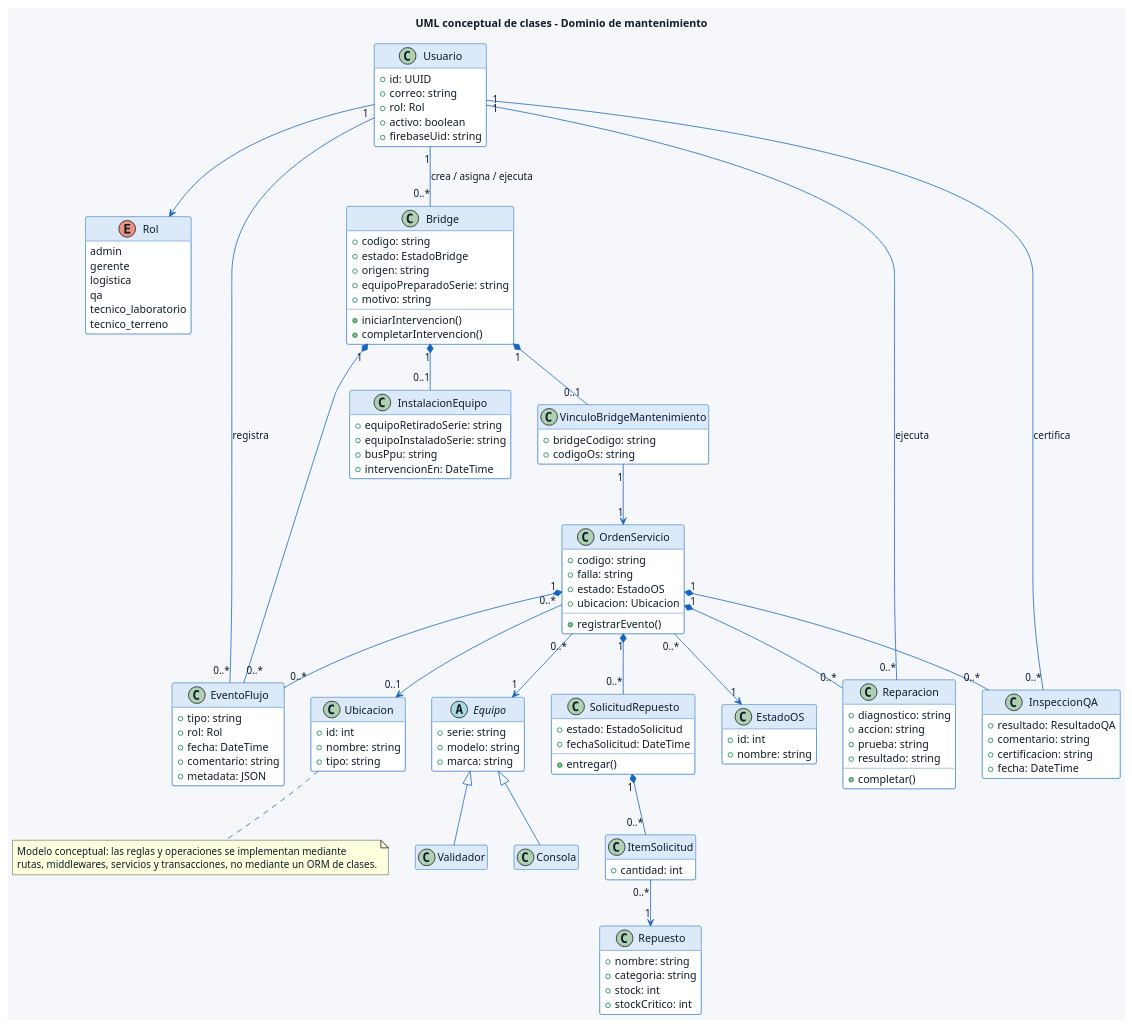
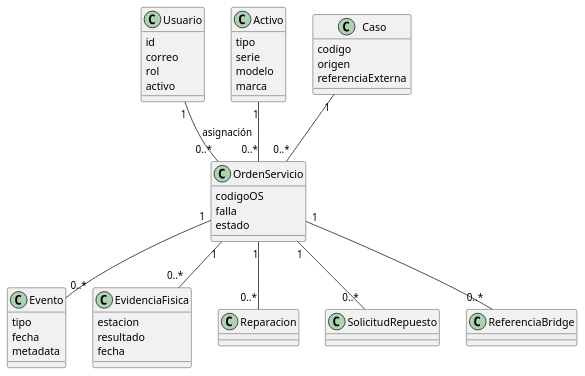
One commit to RafaOteiza/pmp-suite-capstone changed the diagram in Documentacion Capstone/Artefactos Metodologia Cascada/Diagramas_PlantUML/07_UML_Clases_Conceptuales.md. Above: the diagram before and after it, drawn with PlantUML. The commit also changed other lines of this file and 57 other files, not shown here.

````diff
--- a/Documentacion Capstone/Artefactos Metodologia Cascada/Diagramas_PlantUML/07_UML_Clases_Conceptuales.md
+++ b/Documentacion Capstone/Artefactos Metodologia Cascada/Diagramas_PlantUML/07_UML_Clases_Conceptuales.md
@@ -7,150 +3,48 @@
 ```plantuml
-@startuml PMP_Clases_Conceptuales
-title UML conceptual de clases - Dominio de mantenimiento
+@startuml
+class Usuario {
+  id
+  correo
+  rol
+  activo
+}
+class Activo {
+  tipo
+  serie
+  modelo
+  marca
+}
+class Caso {
+  codigo
+  origen
+  referenciaExterna
+}
+class OrdenServicio {
+  codigoOS
+  falla
+  estado
+}
+class Evento {
+  tipo
+  fecha
+  metadata
+}
+class EvidenciaFisica {
+  estacion
+  resultado
+  fecha
+}
+class Reparacion
+class SolicitudRepuesto
+class ReferenciaBridge
 
-hide empty members
-skinparam backgroundColor #F5F7FA
-skinparam defaultFontName Arial
-skinparam defaultFontColor #0D1B2A
-skinparam ArrowColor #1565C0
-skinparam class {
-  BorderColor #1565C0
-  BackgroundColor #FFFFFF
-  HeaderBackgroundColor #DCE9F8
-  FontColor #0D1B2A
-}
-
-enum Rol {
-  admin
-  gerente
-  logistica
-  qa
-  tecnico_laboratorio
-  tecnico_terreno
-}
-
-class Usuario {
-  +id: UUID
-  +correo: string
-  +rol: Rol
-  +activo: boolean
-  +firebaseUid: string
-}
-
-abstract class Equipo {
-  +serie: string
-  +modelo: string
-  +marca: string
-}
-
-class Validador
-class Consola
-
-class Bridge {
-  +codigo: string
-  +estado: EstadoBridge
-  +origen: string
-  +equipoPreparadoSerie: string
-  +motivo: string
-  +iniciarIntervencion()
-  +completarIntervencion()
-}
-
-class InstalacionEquipo {
-  +equipoRetiradoSerie: string
-  +equipoInstaladoSerie: string
-  +busPpu: string
-  +intervencionEn: DateTime
-}
-
-class VinculoBridgeMantenimiento {
-  +bridgeCodigo: string
-  +codigoOs: string
-}
-
-class OrdenServicio {
-  +codigo: string
-  +falla: string
-  +estado: EstadoOS
-  +ubicacion: Ubicacion
-  +registrarEvento()
-}
-
-class EventoFlujo {
-  +tipo: string
-  +rol: Rol
-  +fecha: DateTime
-  +comentario: string
-  +metadata: JSON
-}
-
-class Reparacion {
-  +diagnostico: string
-  +accion: string
-  +prueba: string
-  +resultado: string
-  +completar()
-}
-
-class SolicitudRepuesto {
-  +estado: EstadoSolicitud
-  +fechaSolicitud: DateTime
-  +entregar()
-}
-
-class ItemSolicitud {
-  +cantidad: int
-}
-
-class Repuesto {
-  +nombre: string
-  +categoria: string
-  +stock: int
-  +stockCritico: int
-}
-
-class InspeccionQA {
-  +resultado: ResultadoQA
-  +comentario: string
-  +certificacion: string
-  +fecha: DateTime
-}
-
-class EstadoOS {
-  +id: int
-  +nombre: string
-}
-
-class Ubicacion {
-  +id: int
-  +nombre: string
-  +tipo: string
-}
-
-Equipo <|-- Validador
-Equipo <|-- Consola
-Usuario --> Rol
-Usuario "1" -- "0..*" Bridge : crea / asigna / ejecuta
-Bridge "1" *-- "0..1" InstalacionEquipo
-Bridge "1" *-- "0..1" VinculoBridgeMantenimiento
-VinculoBridgeMantenimiento "1" --> "1" OrdenServicio
-OrdenServicio "0..*" --> "1" Equipo
-OrdenServicio "0..*" --> "1" EstadoOS
-OrdenServicio "0..*" --> "0..1" Ubicacion
-OrdenServicio "1" *-- "0..*" EventoFlujo
-Bridge "1" *-- "0..*" EventoFlujo
-OrdenServicio "1" *-- "0..*" Reparacion
-OrdenServicio "1" *-- "0..*" SolicitudRepuesto
-SolicitudRepuesto "1" *-- "0..*" ItemSolicitud
-ItemSolicitud "0..*" --> "1" Repuesto
-OrdenServicio "1" *-- "0..*" InspeccionQA
-Usuario "1" -- "0..*" EventoFlujo : registra
-Usuario "1" -- "0..*" Reparacion : ejecuta
-Usuario "1" -- "0..*" InspeccionQA : certifica
-
-note bottom
-Modelo conceptual: las reglas y operaciones se implementan mediante
-rutas, middlewares, servicios y transacciones, no mediante un ORM de clases.
-end note
+Caso "1" -- "0..*" OrdenServicio
+Activo "1" -- "0..*" OrdenServicio
+OrdenServicio "1" -- "0..*" Evento
+OrdenServicio "1" -- "0..*" EvidenciaFisica
+OrdenServicio "1" -- "0..*" Reparacion
+OrdenServicio "1" -- "0..*" SolicitudRepuesto
+OrdenServicio "1" -- "0..*" ReferenciaBridge
+Usuario "1" -- "0..*" OrdenServicio : asignación
 @enduml
 ```
````
